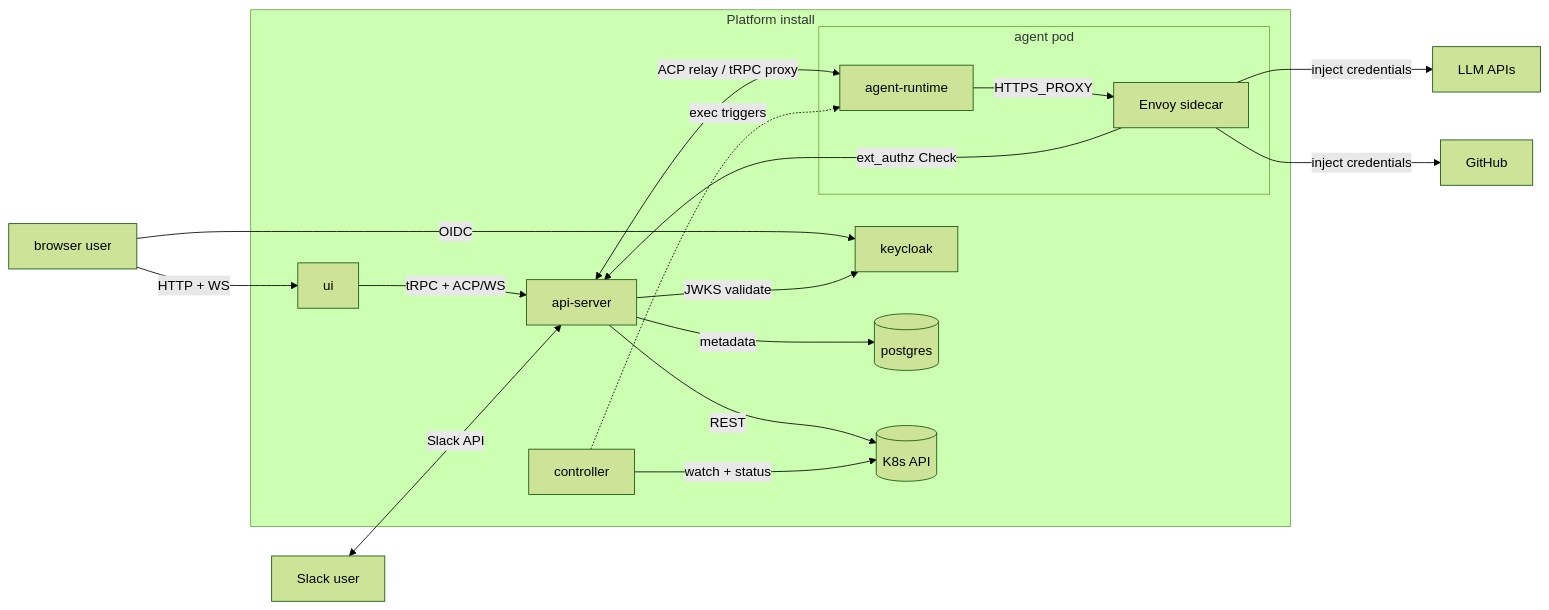
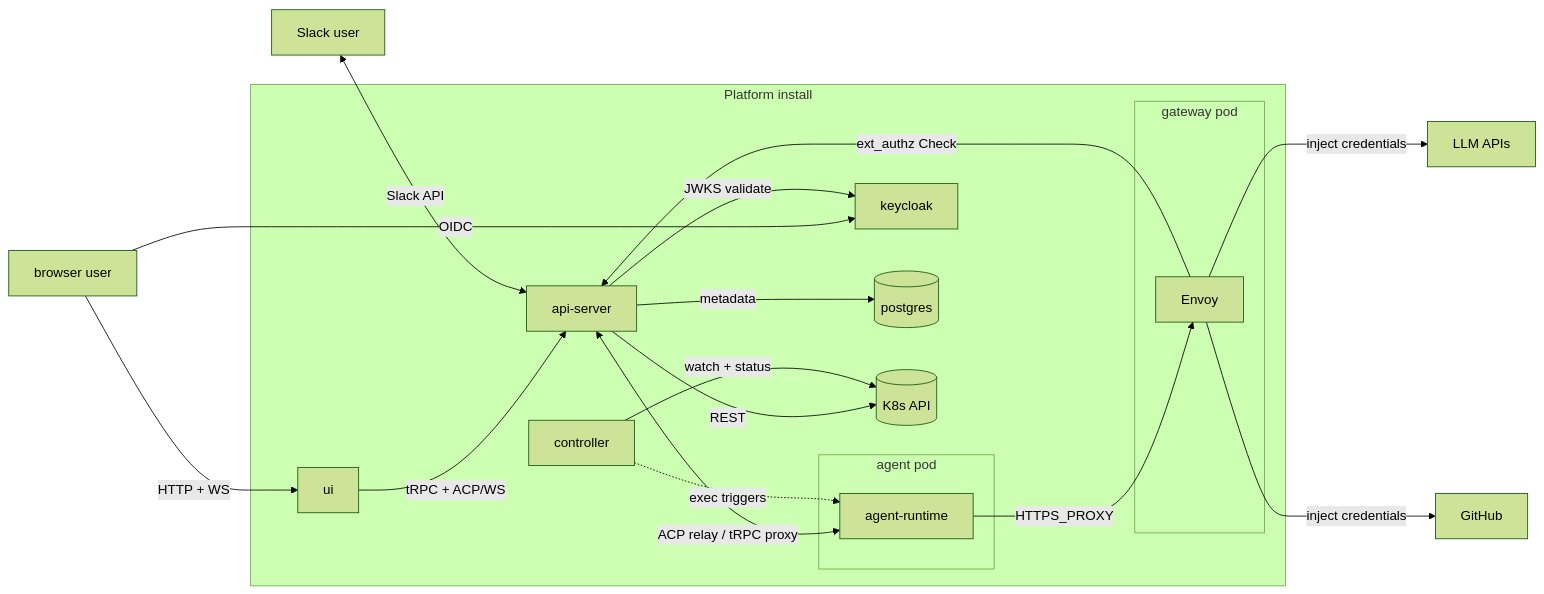
Before and after one commit to subbyte/dam: the diagram in docs/architecture.md, drawn with Mermaid (forest theme). The commit also changed other lines of this file and 22 other files, not shown here.

````diff
--- a/docs/architecture.md
+++ b/docs/architecture.md
@@ -7,39 +7,41 @@
 ```mermaid
 flowchart LR
   user[browser user]
   slack-user[Slack user]
   llm[LLM APIs]
   github[GitHub]
 
   subgraph cluster[Platform install]
     ui[ui]
     api-server[api-server]
     controller[controller]
     keycloak[keycloak]
     postgres[(postgres)]
     k8s-api[(K8s API)]
     subgraph agentpod[agent pod]
       agent-runtime
-      envoy[Envoy sidecar]
+    end
+    subgraph gatewaypod[gateway pod]
+      envoy[Envoy]
     end
   end
 
   user -->|HTTP + WS| ui
   ui -->|tRPC + ACP/WS| api-server
   user -->|OIDC| keycloak
 
   slack-user <-->|Slack API| api-server
 
   api-server <-->|ACP relay / tRPC proxy| agent-runtime
   api-server -->|REST| k8s-api
   api-server -->|JWKS validate| keycloak
   api-server -->|metadata| postgres
 
   controller -->|watch + status| k8s-api
   controller -.exec triggers.-> agent-runtime
 
   agent-runtime -->|HTTPS_PROXY| envoy
   envoy -->|ext_authz Check| api-server
   envoy -->|inject credentials| llm
   envoy -->|inject credentials| github
 ```
````
